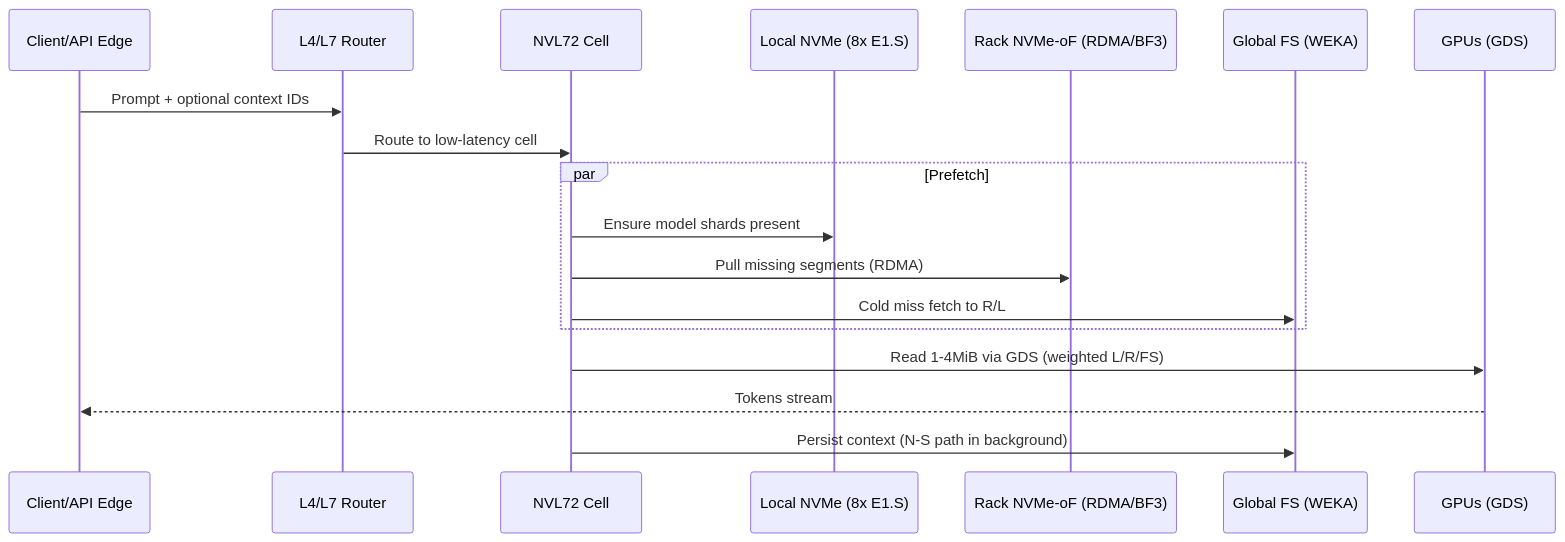
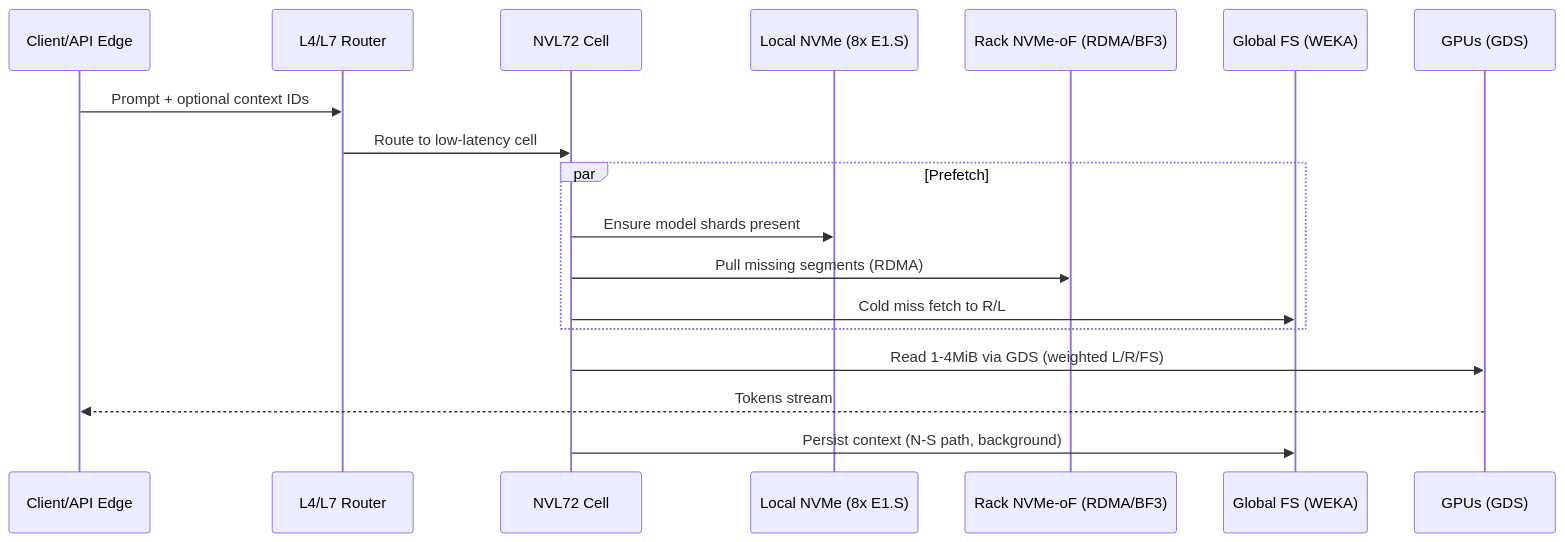
One commit to noelashford/Storage-Solution changed the second of 6 diagrams in README.md. Above: the diagram before and after it, drawn with Mermaid. The commit also changed other lines of this file, not shown here.

````diff
--- a/README.md
+++ b/README.md
@@ -139,21 +153,21 @@
 ```mermaid
 sequenceDiagram
   participant Client as Client/API Edge
   participant Router as L4/L7 Router
   participant Cell as NVL72 Cell
   participant L as Local NVMe (8x E1.S)
   participant R as Rack NVMe-oF (RDMA/BF3)
   participant FS as Global FS (WEKA)
   participant GPU as GPUs (GDS)
 
   Client->>Router: Prompt + optional context IDs
   Router->>Cell: Route to low-latency cell
   par Prefetch
     Cell->>L: Ensure model shards present
     Cell->>R: Pull missing segments (RDMA)
     Cell->>FS: Cold miss fetch to R/L
   end
   Cell->>GPU: Read 1-4MiB via GDS (weighted L/R/FS)
   GPU-->>Client: Tokens stream
-  Cell->>FS: Persist context (N-S path in background)
+  Cell->>FS: Persist context (N-S path, background)
 ```
````
